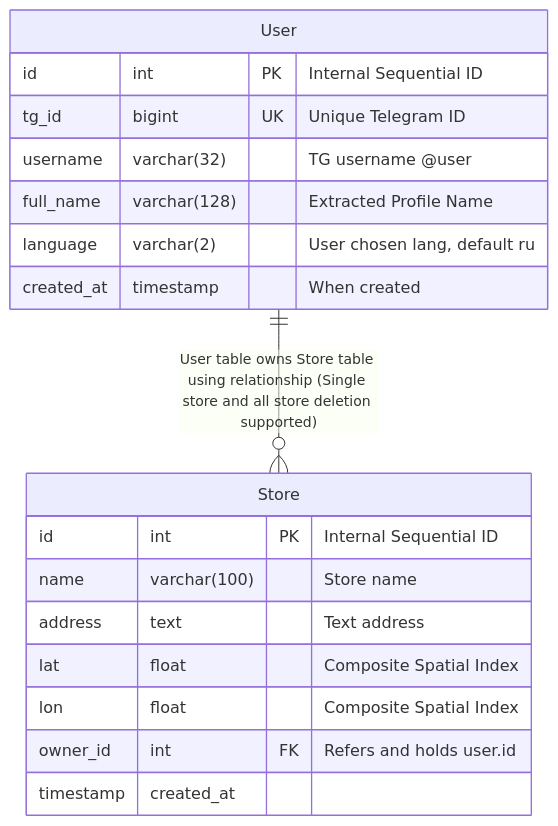
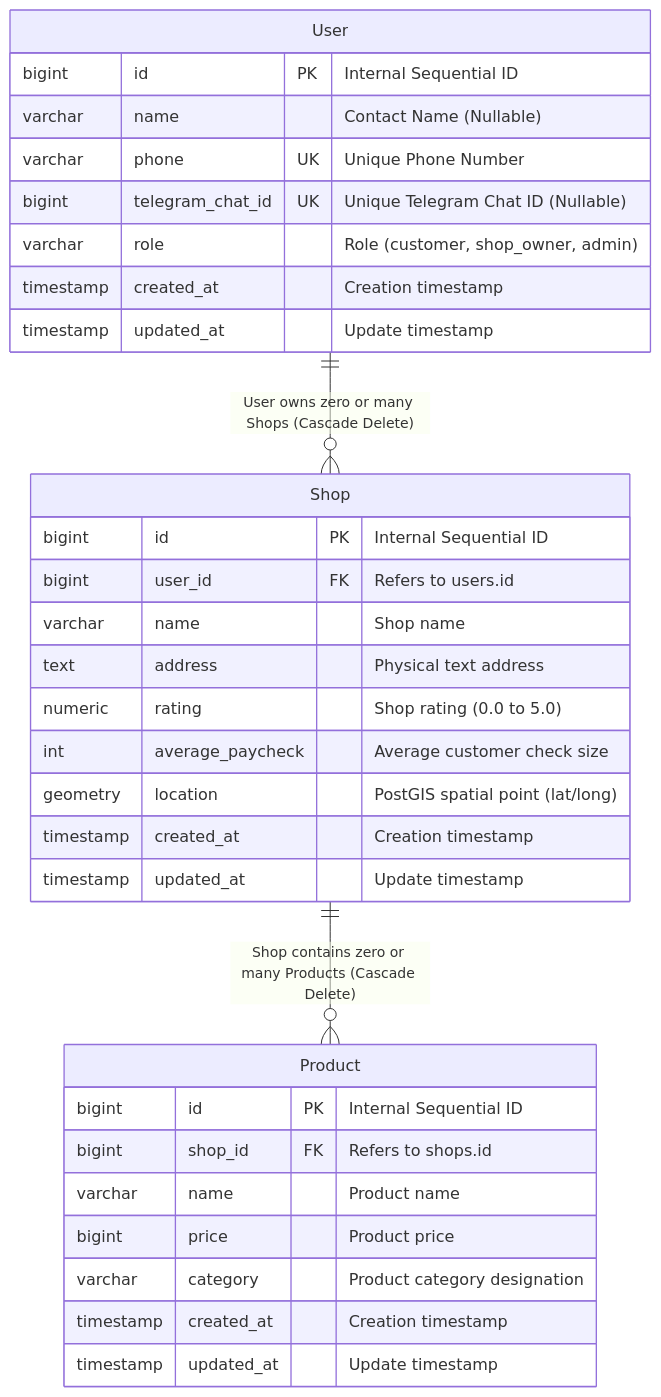
The diagram in docs/docs.md (ayzrixsiev/domix), drawn with Mermaid before and after one commit. The commit also changed other lines of this file and 10 other files, not shown here.

````diff
--- a/docs/docs.md
+++ b/docs/docs.md
@@ -5,24 +5,38 @@
 ```mermaid
 erDiagram
-    %% Relationship definition: One user can have zero or many stores
-    User ||--o{ Store: "User table owns Store table using relationship (Single store and all store deletion supported)"
+    %% Relationship definitions
+    User ||--o{ Shop : "User owns zero or many Shops (Cascade Delete)"
+    Shop ||--o{ Product : "Shop contains zero or many Products (Cascade Delete)"
 
     User {
-        id int PK "Internal Sequential ID"
-        tg_id bigint UK "Unique Telegram ID"
-        username varchar(32) "TG username @user"
-        full_name varchar(128) "Extracted Profile Name"
-        language varchar(2) "User chosen lang, default ru"
-        created_at timestamp "When created" 
+        bigint id PK "Internal Sequential ID"
+        varchar name "Contact Name (Nullable)"
+        varchar phone UK "Unique Phone Number"
+        bigint telegram_chat_id UK "Unique Telegram Chat ID (Nullable)"
+        varchar role "Role (customer, shop_owner, admin)"
+        timestamp created_at "Creation timestamp"
+        timestamp updated_at "Update timestamp"
     }
 
-    Store {
-        id int PK "Internal Sequential ID"
-        name varchar(100) "Store name"
-        address text "Text address" 
-        lat float "Composite Spatial Index"
-        lon float "Composite Spatial Index"
-        owner_id int FK "Refers and holds user.id"
-        timestamp created_at
+    Shop {
+        bigint id PK "Internal Sequential ID"
+        bigint user_id FK "Refers to users.id"
+        varchar name "Shop name"
+        text address "Physical text address"
+        numeric rating "Shop rating (0.0 to 5.0)"
+        int average_paycheck "Average customer check size"
+        geometry location "PostGIS spatial point (lat/long)"
+        timestamp created_at "Creation timestamp"
+        timestamp updated_at "Update timestamp"
+    }
+
+    Product {
+        bigint id PK "Internal Sequential ID"
+        bigint shop_id FK "Refers to shops.id"
+        varchar name "Product name"
+        bigint price "Product price"
+        varchar category "Product category designation"
+        timestamp created_at "Creation timestamp"
+        timestamp updated_at "Update timestamp"
     }
 ```
````
